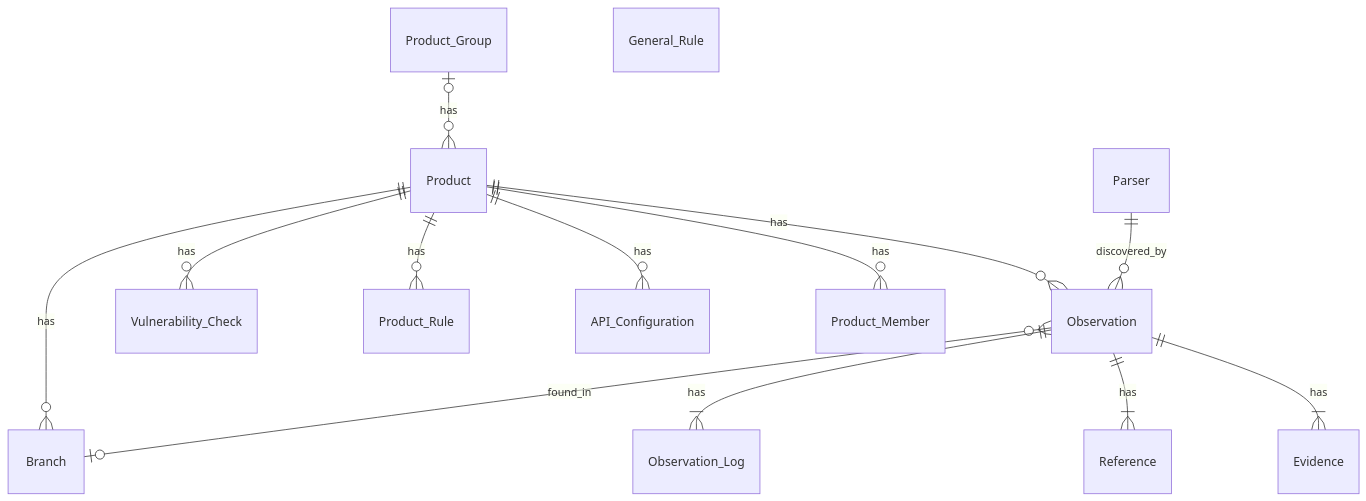
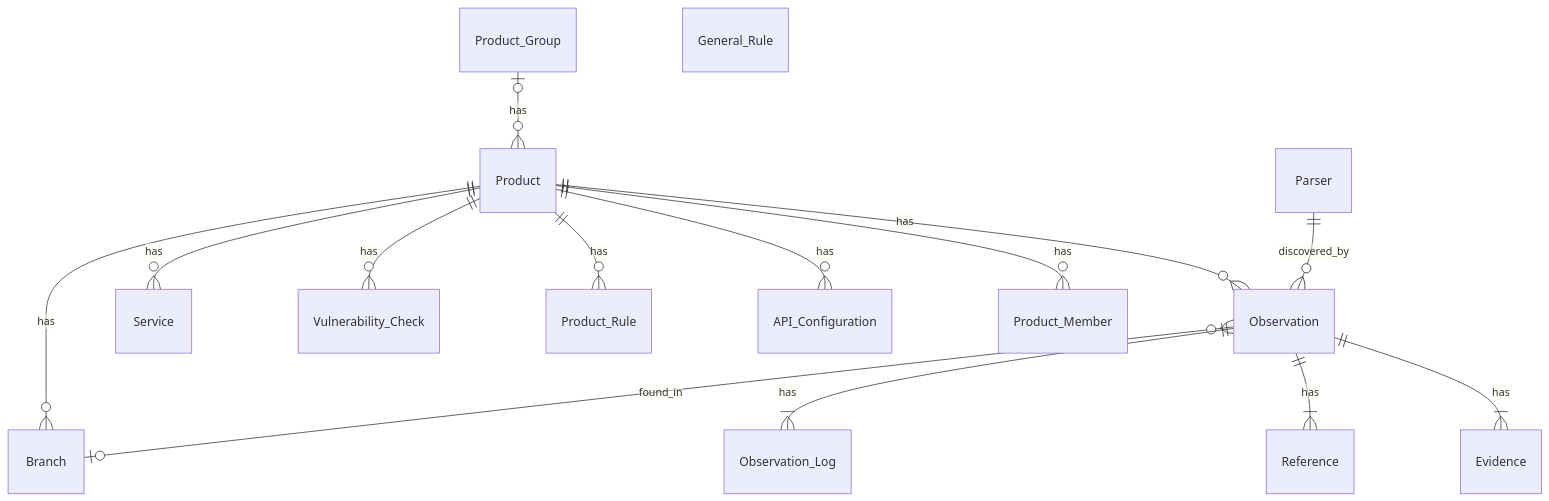
The diagram in docs/getting_started/data_model.md (MaibornWolff/SecObserve), drawn with Mermaid before and after one commit. The commit also changed other lines of this file and 28 other files, not shown here.

````diff
--- a/docs/getting_started/data_model.md
+++ b/docs/getting_started/data_model.md
@@ -3,16 +3,17 @@
 ``` mermaid
 erDiagram
     Product_Group |o--o{ Product : has
     Product ||--o{ Observation : has
     Product ||--o{ Branch : has
+    Product ||--o{ Service : has
     Product ||--o{ Vulnerability_Check : has
     Product ||--o{ Product_Rule : has
     Product ||--o{ API_Configuration : has
     Product ||--o{ Product_Member : has
     Parser ||--o{ Observation: discovered_by
     Observation }o--o| Branch: found_in
     Observation ||--|{ Observation_Log : has
     Observation ||--|{ Reference : has
     Observation ||--|{ Evidence : has
     General_Rule
 ```
````
